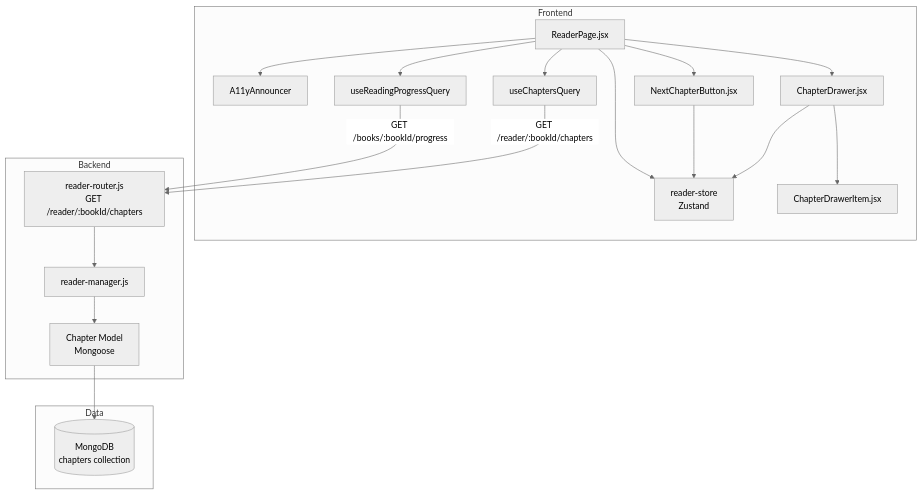
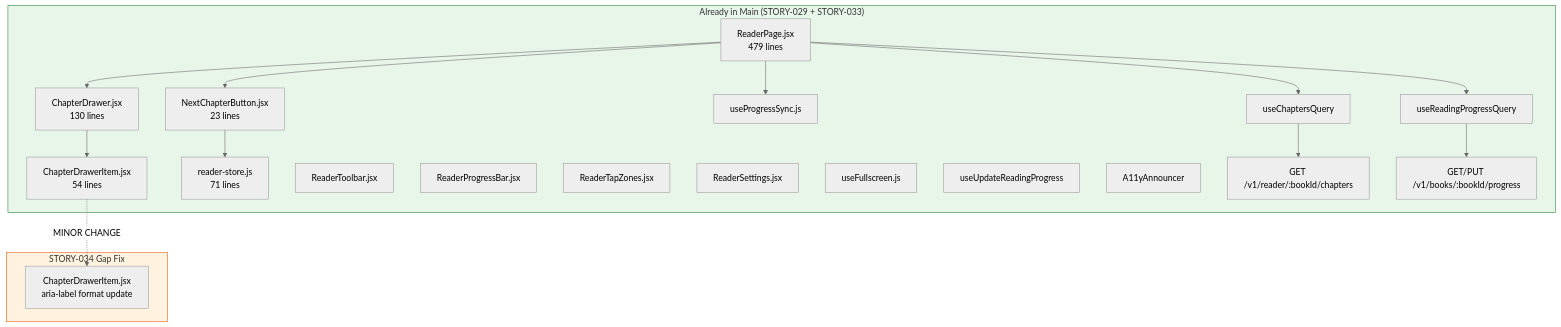
The first of 2 diagrams in docs/stories/STORY-034-technical-analysis.md (dgofreitas/Contopia), drawn with Mermaid (neutral theme) before and after one commit. The commit also changed other lines of this file and 20 other files, not shown here.

Commit message:
fix(ChapterDrawerItem): AC4 aria-label format with chapter number

````diff
--- a/docs/stories/STORY-034-technical-analysis.md
+++ b/docs/stories/STORY-034-technical-analysis.md
@@ -279,41 +180,40 @@
 ```mermaid
 graph TB
-    subgraph Frontend
-        RP[ReaderPage.jsx]
-        CD[ChapterDrawer.jsx]
-        CI[ChapterDrawerItem.jsx]
-        NB[NextChapterButton.jsx]
-        RS[reader-store<br/>Zustand]
-        RC[useReadingProgressQuery]
-        UC[useChaptersQuery]
-        A11y[A11yAnnouncer]
+    subgraph Already_Implemented["Already in Main (STORY-029 + STORY-033)"]
+        RP["ReaderPage.jsx<br/>479 lines"]
+        CD["ChapterDrawer.jsx<br/>130 lines"]
+        CI["ChapterDrawerItem.jsx<br/>54 lines"]
+        NB["NextChapterButton.jsx<br/>23 lines"]
+        RS["reader-store.js<br/>71 lines"]
+        TB["ReaderToolbar.jsx"]
+        PB["ReaderProgressBar.jsx"]
+        TZ["ReaderTapZones.jsx"]
+        ST["ReaderSettings.jsx"]
+        FS["useFullscreen.js"]
+        PS["useProgressSync.js"]
+        RQ["useReadingProgressQuery"]
+        UP["useUpdateReadingProgress"]
+        CQ["useChaptersQuery"]
+        A11y["A11yAnnouncer"]
+        API_R["GET /v1/reader/:bookId/chapters"]
+        API_P["GET/PUT /v1/books/:bookId/progress"]
     end
 
-    subgraph Backend
-        RR[reader-router.js<br/>GET /reader/:bookId/chapters]
-        RM[reader-manager.js]
-        CM[Chapter Model<br/>Mongoose]
-    end
-
-    subgraph Data
-        DB[(MongoDB<br/>chapters collection)]
+    subgraph STORY_034_Change["STORY-034 Gap Fix"]
+        CI2["ChapterDrawerItem.jsx<br/>aria-label format update"]
     end
 
     RP --> CD
     RP --> NB
-    RP --> RS
     CD --> CI
-    CD --> RS
+    CI -.->|MINOR CHANGE| CI2
     NB --> RS
-    
-    RP --> UC
-    RP --> RC
-    RP --> A11y
+    RP --> PS
+    RP --> CQ
+    RP --> RQ
+    CQ --> API_R
+    RQ --> API_P
 
-    UC -->|GET /reader/:bookId/chapters| RR
-    RC -->|GET /books/:bookId/progress| RR
-    
-    RR --> RM
-    RM --> CM
-    CM --> DB
+    style Already_Implemented fill:#e8f5e9,stroke:#2e7d32
+    style STORY_034_Change fill:#fff3e0,stroke:#e65100
 ```
````
